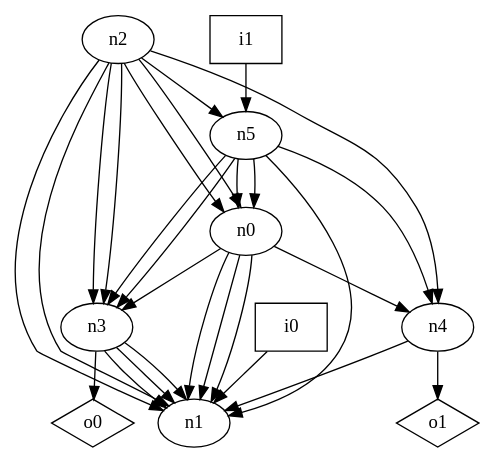
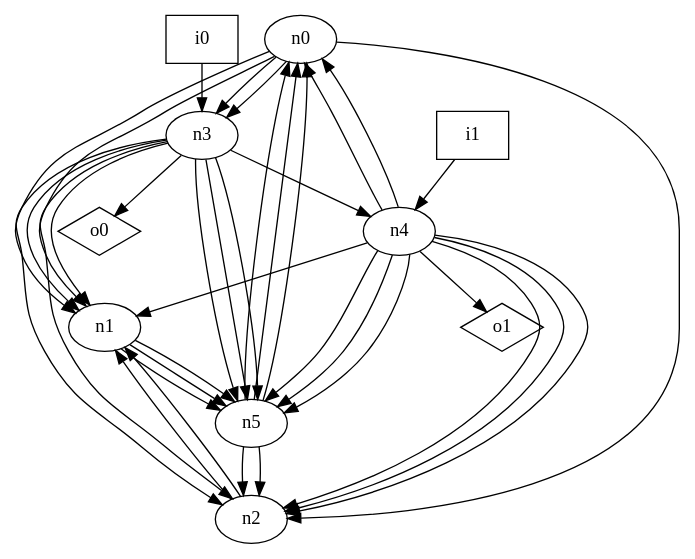
One commit to p9romain/bool-circuits changed the diagram in dot_files/random_graph/oriented_graph.dot. Above: the diagram before and after it, drawn with Graphviz. The commit also changed 74 other files, not shown here.

```diff
--- a/dot_files/random_graph/oriented_graph.dot
+++ b/dot_files/random_graph/oriented_graph.dot
@@ -1,39 +1,48 @@
 digraph G {
 n0 [label="n0"];
 n1 [label="n1"];
 n2 [label="n2"];
 n3 [label="n3"];
 n4 [label="n4"];
 n5 [label="n5"];
 n6 [label="i0",shape="box"];
 n7 [label="i1",shape="box"];
 n8 [label="o0",shape="diamond"];
 n9 [label="o1",shape="diamond"];
 n0 -> n1
 n0 -> n1
-n0 -> n1
+n0 -> n2
 n0 -> n3
-n0 -> n4
-n2 -> n0
-n2 -> n0
+n0 -> n3
+n1 -> n5
+n1 -> n5
+n1 -> n5
 n2 -> n1
 n2 -> n1
-n2 -> n3
-n2 -> n3
-n2 -> n4
-n2 -> n5
 n3 -> n1
 n3 -> n1
-n3 -> n1
+n3 -> n2
+n3 -> n2
+n3 -> n4
+n3 -> n5
+n3 -> n5
+n3 -> n5
 n3 -> n8
+n4 -> n0
+n4 -> n0
 n4 -> n1
+n4 -> n2
+n4 -> n2
+n4 -> n2
+n4 -> n5
+n4 -> n5
+n4 -> n5
 n4 -> n9
 n5 -> n0
 n5 -> n0
-n5 -> n1
-n5 -> n3
-n5 -> n3
-n5 -> n4
-n6 -> n1
-n7 -> n5
+n5 -> n0
+n5 -> n2
+n5 -> n2
+n6 -> n3
+n7 -> n4
 }
```
